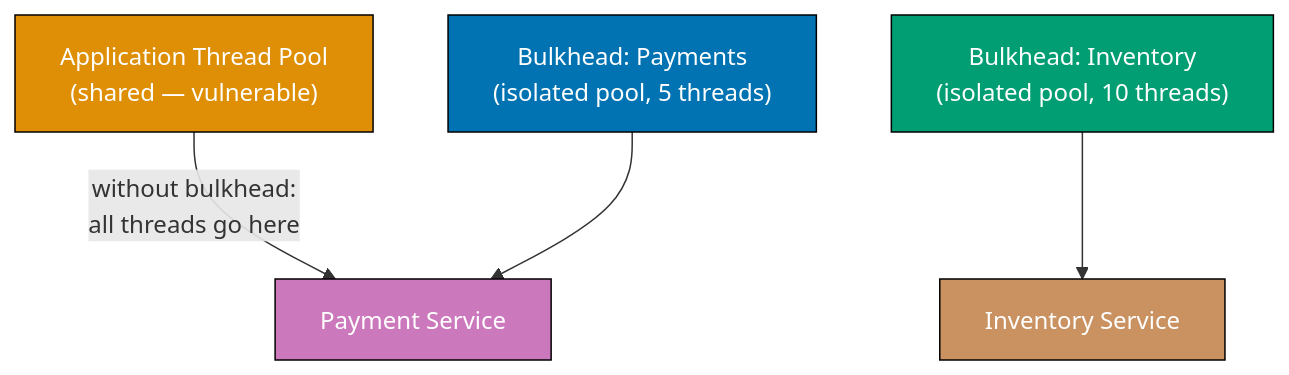
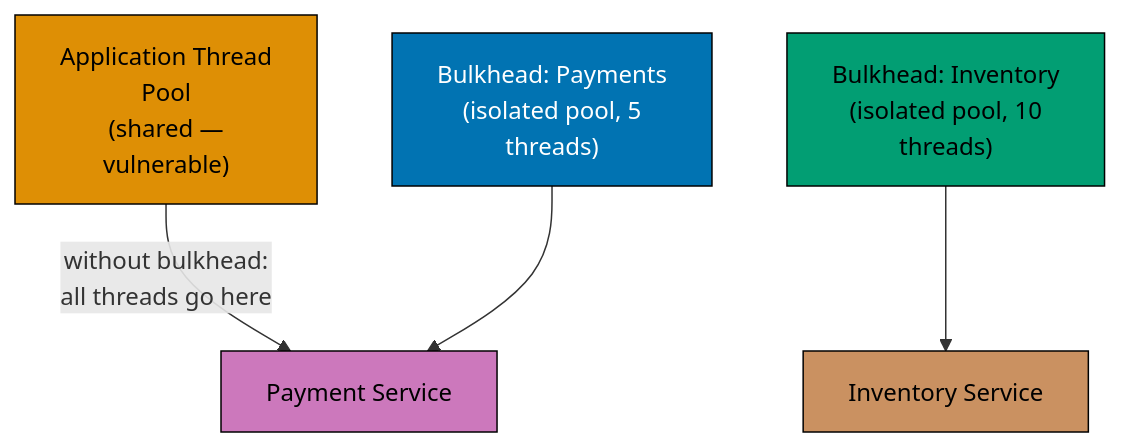
The eighth of 18 diagrams in apps/ayokoding-www/content/en/learn/legacy/software-engineering/software-architecture/patterns-and-principles/in-oop-by-example/advanced.md (wahidyankf/ose-public), drawn with Mermaid before and after one commit. The commit also changed other lines of this file and 78 other files, not shown here.

First line of the commit message:
fix(mermaid): bring the remaining legacy software-engineering diagrams onto the accessible palette

````diff
--- a/apps/ayokoding-www/content/en/learn/legacy/software-engineering/software-architecture/patterns-and-principles/in-oop-by-example/advanced.md
+++ b/apps/ayokoding-www/content/en/learn/legacy/software-engineering/software-architecture/patterns-and-principles/in-oop-by-example/advanced.md
@@ -2037,18 +2075,26 @@
 ```mermaid
 graph TD
-    App["Application Thread Pool<br/>(shared — vulnerable)"]
-    BH1["Bulkhead: Payments<br/>(isolated pool, 5 threads)"]
-    BH2["Bulkhead: Inventory<br/>(isolated pool, 10 threads)"]
+    accTitle: Example 65: Bulkhead Pattern
+    accDescr: Graph with 5 nodes and 3 connections. Nodes: Application Thread Pool (shared — vulnerable), Bulkhead: Payments (isolated pool, 5 threads), Bulkhead: Inventory (isolated pool, 10 threads), Payment Service, Inventory Service. Connections: Application Thread Pool (shared — vulnerable) to Payment Service (without bulkhead: all threads go here), Bulkhead: Payments (isolated pool, 5 threads) to Payment Service, Bulkhead: Inventory (isolated pool, 10 threads) to Inventory Service.
+    App["Application Thread<br/>Pool<br/>(shared —<br/>vulnerable)"]
+    BH1["Bulkhead: Payments<br/>(isolated pool, 5<br/>threads)"]
+    BH2["Bulkhead: Inventory<br/>(isolated pool, 10<br/>threads)"]
     P["Payment Service"]
     I["Inventory Service"]
 
     App -->|"without bulkhead:<br/>all threads go here"| P
     BH1 --> P
     BH2 --> I
 
-    style App fill:#DE8F05,stroke:#000,color:#fff
-    style BH1 fill:#0173B2,stroke:#000,color:#fff
-    style BH2 fill:#029E73,stroke:#000,color:#fff
-    style P fill:#CC78BC,stroke:#000,color:#fff
-    style I fill:#CA9161,stroke:#000,color:#fff
+    classDef pal-DE8F05 fill:#DE8F05,stroke:#000000,color:#000000
+    class App pal-DE8F05
+    classDef pal-0173B2 fill:#0173B2,stroke:#000000,color:#FFFFFF
+    class BH1 pal-0173B2
+    classDef pal-029E73 fill:#029E73,stroke:#000000,color:#000000
+    class BH2 pal-029E73
+    classDef pal-CC78BC fill:#CC78BC,stroke:#000000,color:#000000
+    class P pal-CC78BC
+    classDef pal-CA9161 fill:#CA9161,stroke:#000000,color:#000000
+    class I pal-CA9161
+    classDef default fill:#FFFFFF,stroke:#000000,color:#000000
 ```
````
